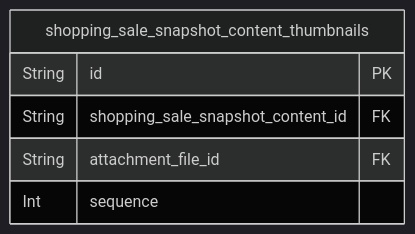
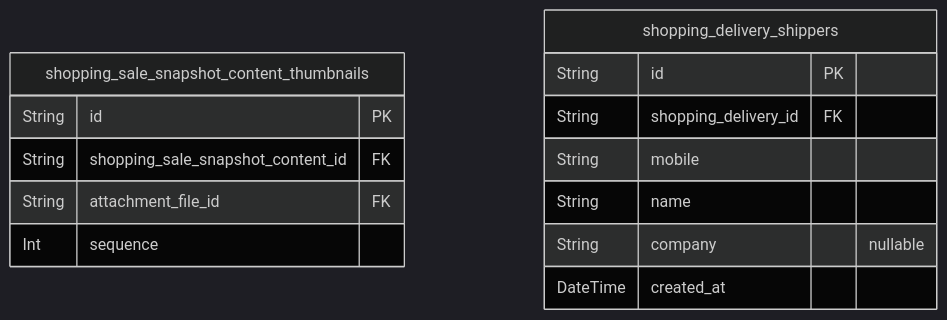
Diagram 11 of 11 in docs/ERD.md (samchon/shopping-backend), drawn with Mermaid (dark theme) before and after one commit. The commit also changed other lines of this file and 20 other files, not shown here.

````diff
--- a/docs/ERD.md
+++ b/docs/ERD.md
@@ -2754,9 +2770,17 @@
 ```mermaid
 erDiagram
 "shopping_sale_snapshot_content_thumbnails" {
     String id PK
     String shopping_sale_snapshot_content_id FK
     String attachment_file_id FK
     Int sequence
 }
+"shopping_delivery_shippers" {
+    String id PK
+    String shopping_delivery_id FK
+    String mobile
+    String name
+    String company "nullable"
+    DateTime created_at
+}
 ```
````
